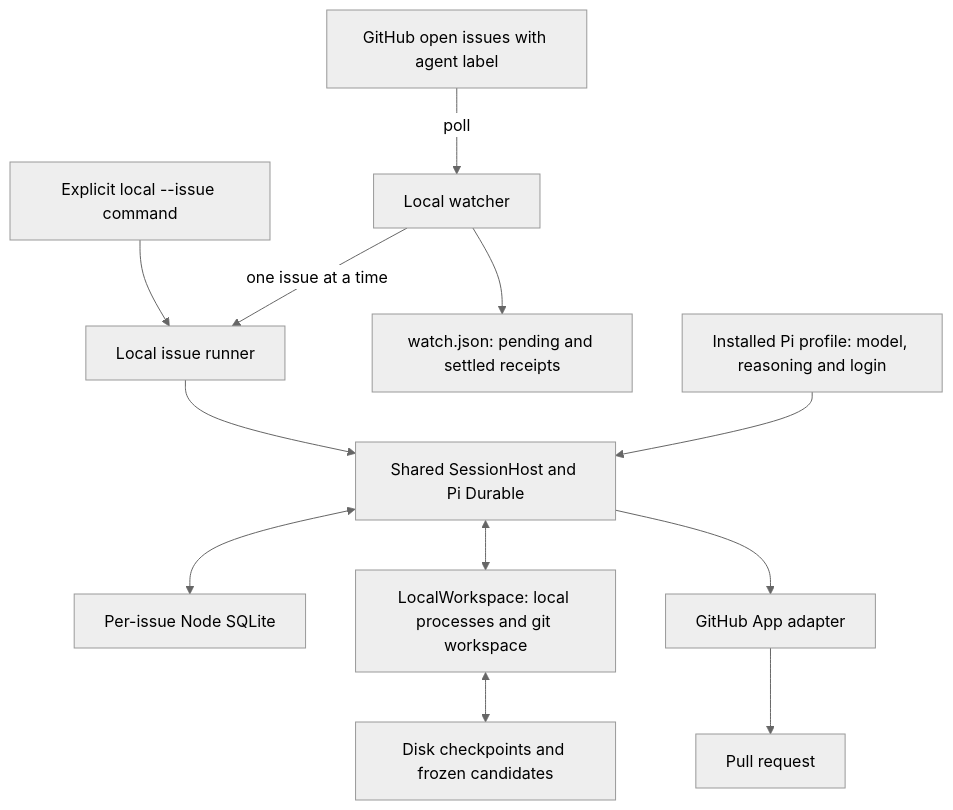
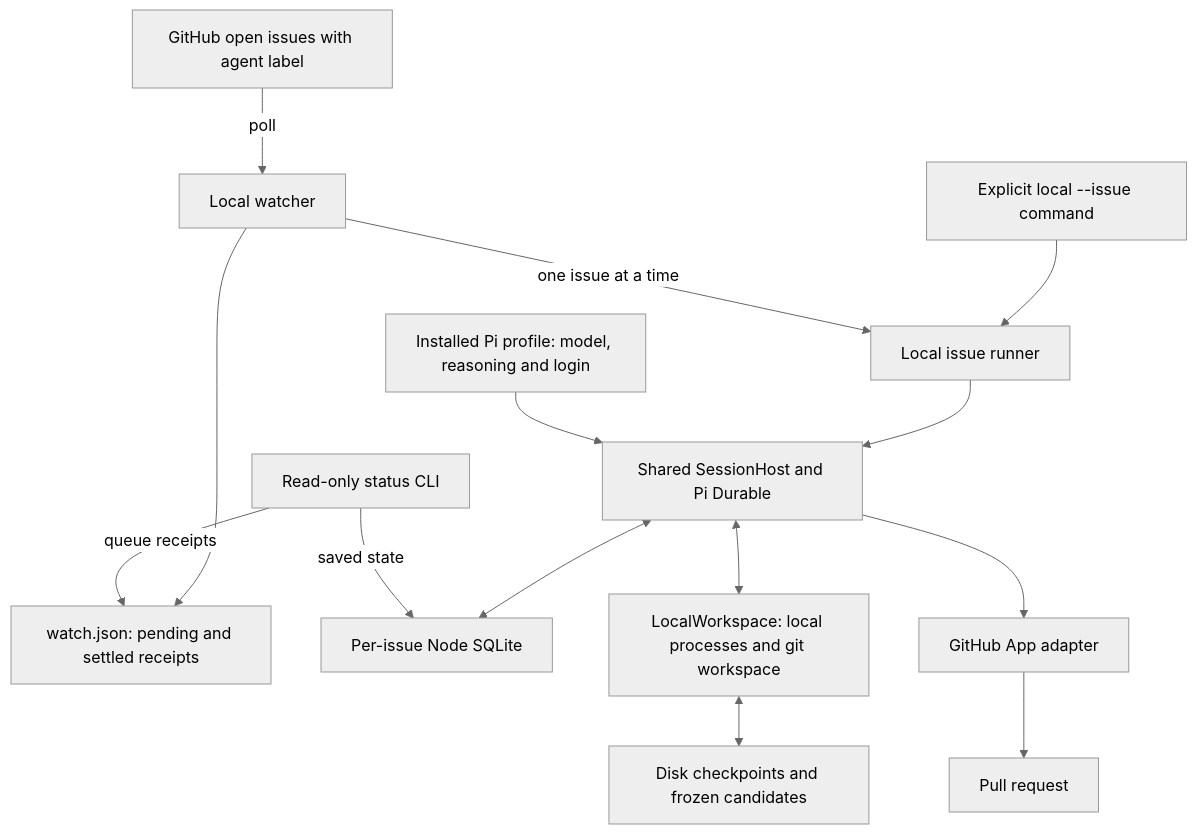
Before and after one commit to yuyays/caldero: the second of 3 diagrams in docs/architecture.md, drawn with Mermaid (neutral theme). The commit also changed other lines of this file and 14 other files, not shown here.

````diff
--- a/docs/architecture.md
+++ b/docs/architecture.md
@@ -77,14 +78,16 @@
 ```mermaid
 flowchart TD
     GH[GitHub open issues with agent label] -->|poll| Watch[Local watcher]
     CLI[Explicit local --issue command] --> Runner[Local issue runner]
     Watch -->|one issue at a time| Runner
     Watch --> Receipts[watch.json: pending and settled receipts]
     Runner --> Core[Shared SessionHost and Pi Durable]
     Profile[Installed Pi profile: model, reasoning and login] --> Core
     Core <--> SQLite[Per-issue Node SQLite]
+    StatusCLI[Read-only status CLI] -->|saved state| SQLite
+    StatusCLI -->|queue receipts| Receipts
     Core <--> Workspace[LocalWorkspace: local processes and git workspace]
     Workspace <--> Blobs[Disk checkpoints and frozen candidates]
     Core --> App[GitHub App adapter]
     App --> PR[Pull request]
 ```
````
